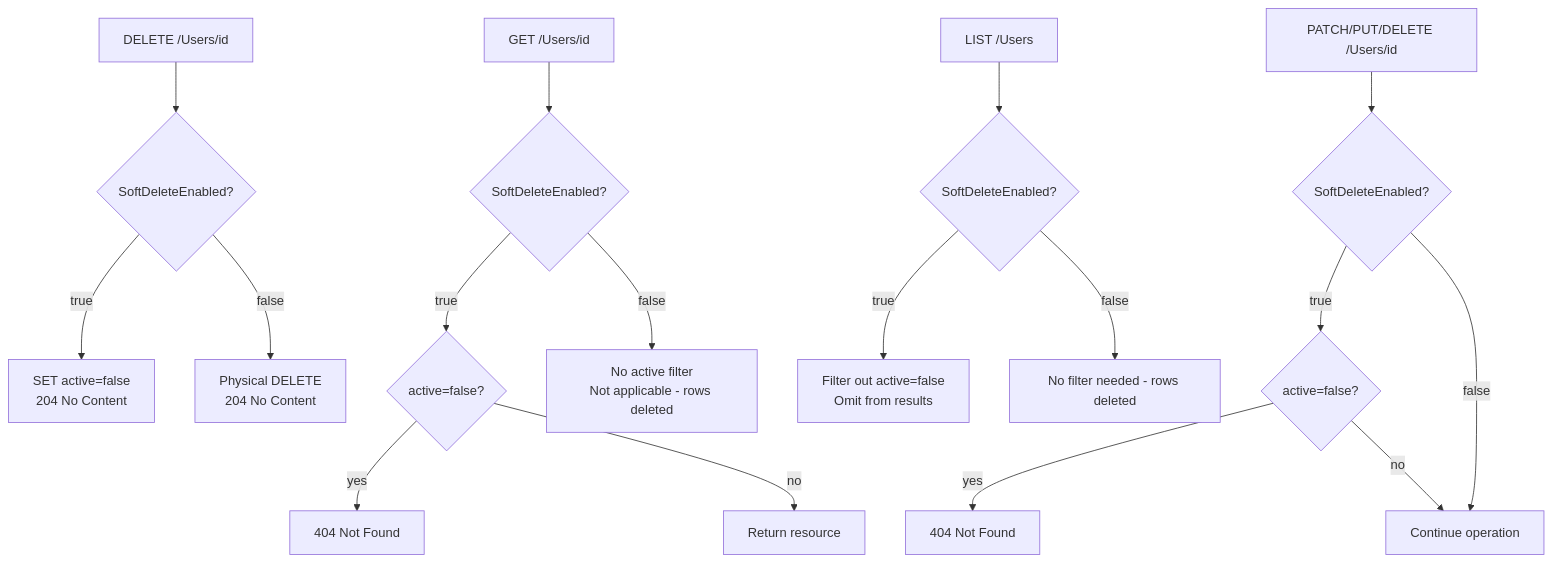
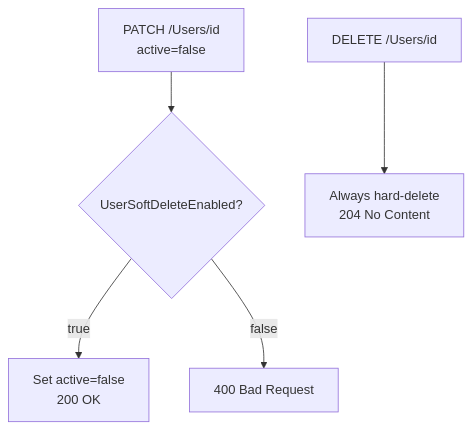
Before and after one commit to pranems/SCIMServer: the second of 10 diagrams in docs/ENDPOINT_CONFIG_FLAGS_REFERENCE.md, drawn with Mermaid. The commit also changed other lines of this file and 82 other files, not shown here.

First line of the commit message:
feat: remove deletedAt, implement UserSoftDeleteEnabled PATCH gate, update docs

````diff
--- a/docs/ENDPOINT_CONFIG_FLAGS_REFERENCE.md
+++ b/docs/ENDPOINT_CONFIG_FLAGS_REFERENCE.md
@@ -1046,22 +1008,8 @@
 ```mermaid
 flowchart TD
-    A[DELETE /Users/id] --> B{SoftDeleteEnabled?}
-    B -->|true| C[SET active=false<br>204 No Content]
-    B -->|false| D[Physical DELETE<br>204 No Content]
+    A[PATCH /Users/id<br>active=false] --> B{UserSoftDeleteEnabled?}
+    B -->|true| C[Set active=false<br>200 OK]
+    B -->|false| D[400 Bad Request]
     
-    E[GET /Users/id] --> F{SoftDeleteEnabled?}
-    F -->|true| G{active=false?}
-    G -->|yes| I[404 Not Found]
-    G -->|no| J[Return resource]
-    F -->|false| H[No active filter<br>Not applicable - rows deleted]
-    
-    K[LIST /Users] --> L{SoftDeleteEnabled?}
-    L -->|true| M[Filter out active=false<br>Omit from results]
-    L -->|false| N[No filter needed - rows deleted]
-    
-    O[PATCH/PUT/DELETE /Users/id] --> P{SoftDeleteEnabled?}
-    P -->|true| Q{active=false?}
-    Q -->|yes| R[404 Not Found]
-    Q -->|no| S[Continue operation]
-    P -->|false| S
+    E[DELETE /Users/id] --> F[Always hard-delete<br>204 No Content]
 ```
````
